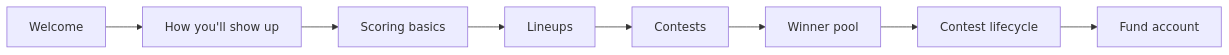
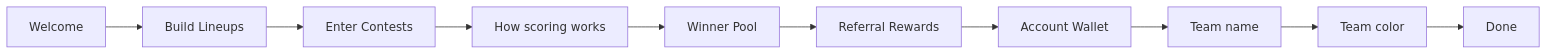
One commit to MagRelo/cut changed the diagram in spec/onboarding-content-plan.md. Above: the diagram before and after it, drawn with Mermaid. The commit also changed other lines of this file and 3 other files, not shown here.

````diff
--- a/spec/onboarding-content-plan.md
+++ b/spec/onboarding-content-plan.md
@@ -41,13 +23,15 @@
 ```mermaid
 flowchart LR
   welcome[Welcome]
-  identity["How you'll show up"]
-  scoring[Scoring basics]
-  lineups[Lineups]
-  contests[Contests]
-  winnerPool[Winner pool]
-  lifecycle[Contest lifecycle]
-  fund[Fund account]
-  welcome --> identity --> scoring --> lineups --> contests
-  contests --> winnerPool --> lifecycle --> fund
+  lineups[Build Lineups]
+  contests[Enter Contests]
+  scoring[How scoring works]
+  winnerPool[Winner Pool]
+  referrals[Referral Rewards]
+  funds[Account Wallet]
+  teamName[Team name]
+  teamColor[Team color]
+  done[Done]
+  welcome --> lineups --> contests --> scoring --> winnerPool
+  winnerPool --> referrals --> funds --> teamName --> teamColor --> done
 ```
````
